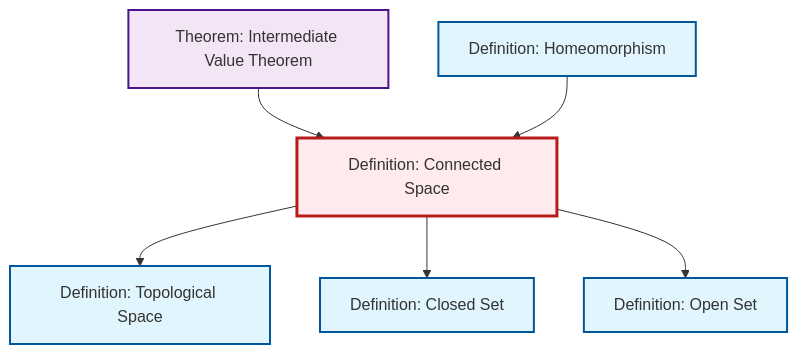
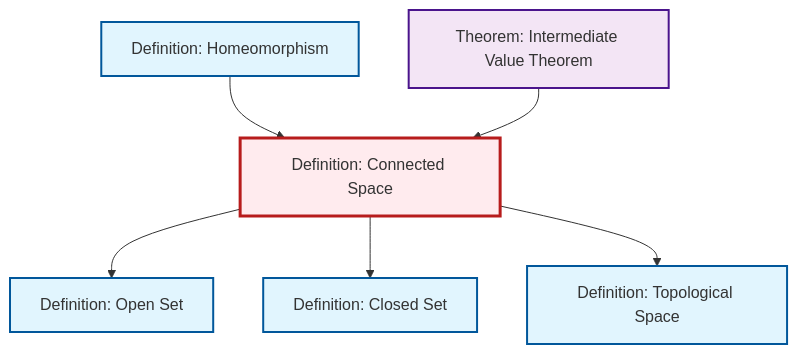
One commit to RK0429/ModernMath changed the diagram in content/ja/topology/def-connected.qmd. Above: the diagram before and after it, drawn with Mermaid. The commit also changed other lines of this file and 619 other files, not shown here.

````diff
--- a/content/ja/topology/def-connected.qmd
+++ b/content/ja/topology/def-connected.qmd
@@ -50,26 +50,26 @@
 ```{mermaid}
 %%| fig-cap: "Local dependency graph"
 graph TD
     classDef definition fill:#e1f5fe,stroke:#01579b,stroke-width:2px
     classDef theorem fill:#f3e5f5,stroke:#4a148c,stroke-width:2px
     classDef axiom fill:#fff3e0,stroke:#e65100,stroke-width:2px
     classDef example fill:#e8f5e9,stroke:#1b5e20,stroke-width:2px
     classDef current fill:#ffebee,stroke:#b71c1c,stroke-width:3px
+    thm-intermediate-value["Theorem: Intermediate Value Theorem"]:::theorem
+    def-open-set["Definition: Open Set"]:::definition
+    def-connected["Definition: Connected Space"]:::definition
+    def-topological-space["Definition: Topological Space"]:::definition
     def-closed-set["Definition: Closed Set"]:::definition
-    thm-intermediate-value["Theorem: Intermediate Value Theorem"]:::theorem
-    def-topological-space["Definition: Topological Space"]:::definition
-    def-connected["Definition: Connected Space"]:::definition
     def-homeomorphism["Definition: Homeomorphism"]:::definition
-    def-open-set["Definition: Open Set"]:::definition
-    def-connected --> def-topological-space
+    def-connected --> def-open-set
+    def-homeomorphism --> def-connected
     thm-intermediate-value --> def-connected
     def-connected --> def-closed-set
-    def-homeomorphism --> def-connected
-    def-connected --> def-open-set
+    def-connected --> def-topological-space
     class def-connected current
+    click thm-intermediate-value "thm-intermediate-value.html" "Theorem: Intermediate Value Theoremへ"
+    click def-open-set "def-open-set.html" "Definition: Open Setへ"
+    click def-topological-space "def-topological-space.html" "Definition: Topological Spaceへ"
     click def-closed-set "def-closed-set.html" "Definition: Closed Setへ"
-    click thm-intermediate-value "thm-intermediate-value.html" "Theorem: Intermediate Value Theoremへ"
-    click def-topological-space "def-topological-space.html" "Definition: Topological Spaceへ"
     click def-homeomorphism "def-homeomorphism.html" "Definition: Homeomorphismへ"
-    click def-open-set "def-open-set.html" "Definition: Open Setへ"
 ```
````
